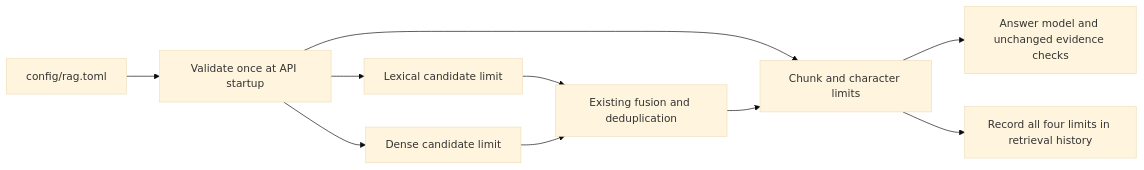
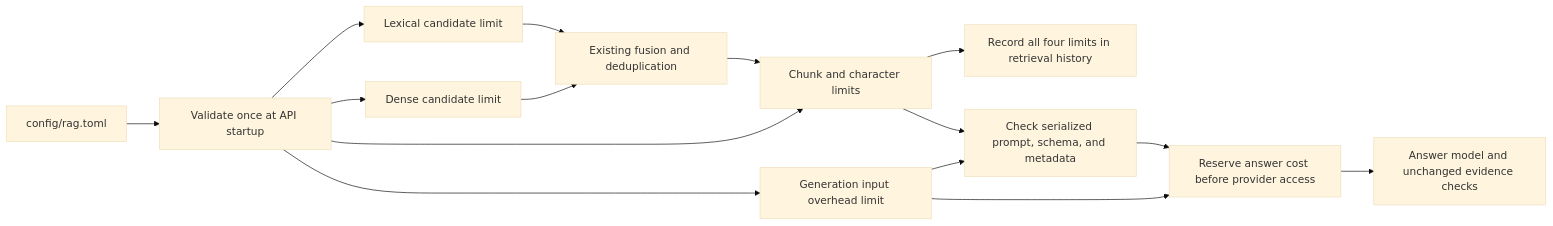
The diagram in config/README.md (rnkraus/investment-research), drawn with Mermaid (base theme) before and after one commit. The commit also changed other lines of this file and 13 other files, not shown here.

First line of the commit message:
feat(rag): make generation input overhead configurable

````diff
--- a/config/README.md
+++ b/config/README.md
@@ -19,12 +20,17 @@
 ```mermaid
 flowchart LR
     T[config/rag.toml] --> V[Validate once at API startup]
     V --> L[Lexical candidate limit]
     V --> D[Dense candidate limit]
     L --> F[Existing fusion and deduplication]
     D --> F
     V --> C[Chunk and character limits]
     F --> C
-    C --> G[Answer model and unchanged evidence checks]
     C --> H[Record all four limits in retrieval history]
+    V --> O[Generation input overhead limit]
+    O --> P[Check serialized prompt, schema, and metadata]
+    O --> R[Reserve answer cost before provider access]
+    C --> P
+    P --> R
+    R --> G[Answer model and unchanged evidence checks]
 ```
````
